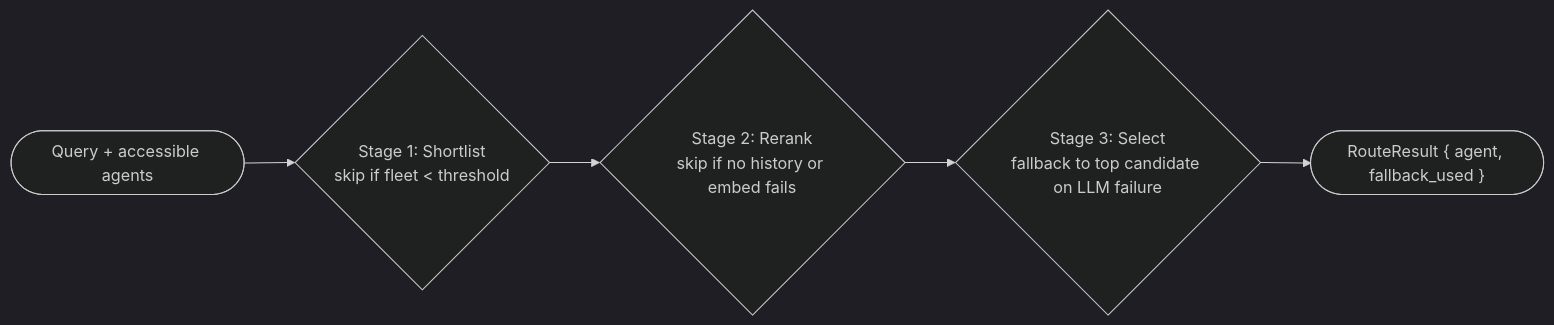
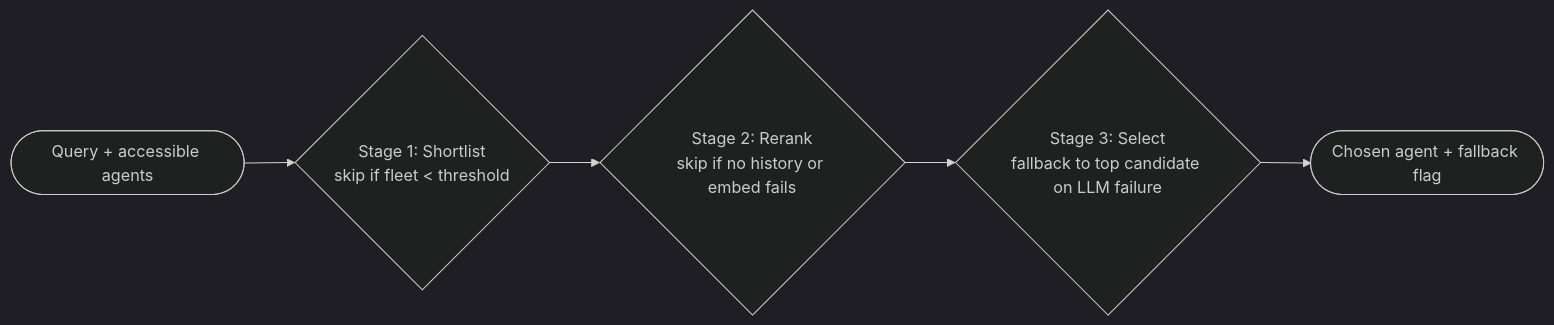
Before and after one commit to Nasiko-Labs/docs: the diagram in platform/orchestrator.mdx, drawn with Mermaid (dark theme). The commit also changed other lines of this file and 90 other files, not shown here.

````diff
--- a/platform/orchestrator.mdx
+++ b/platform/orchestrator.mdx
@@ -60,7 +12,7 @@
 ```mermaid
 flowchart LR
     Q(["Query + accessible agents"]) --> S1{"Stage 1: Shortlist<br/>skip if fleet < threshold"}
     S1 --> S2{"Stage 2: Rerank<br/>skip if no history or embed fails"}
     S2 --> S3{"Stage 3: Select<br/>fallback to top candidate on LLM failure"}
-    S3 --> R(["RouteResult { agent, fallback_used }"])
+    S3 --> R(["Chosen agent + fallback flag"])
 ```
````
